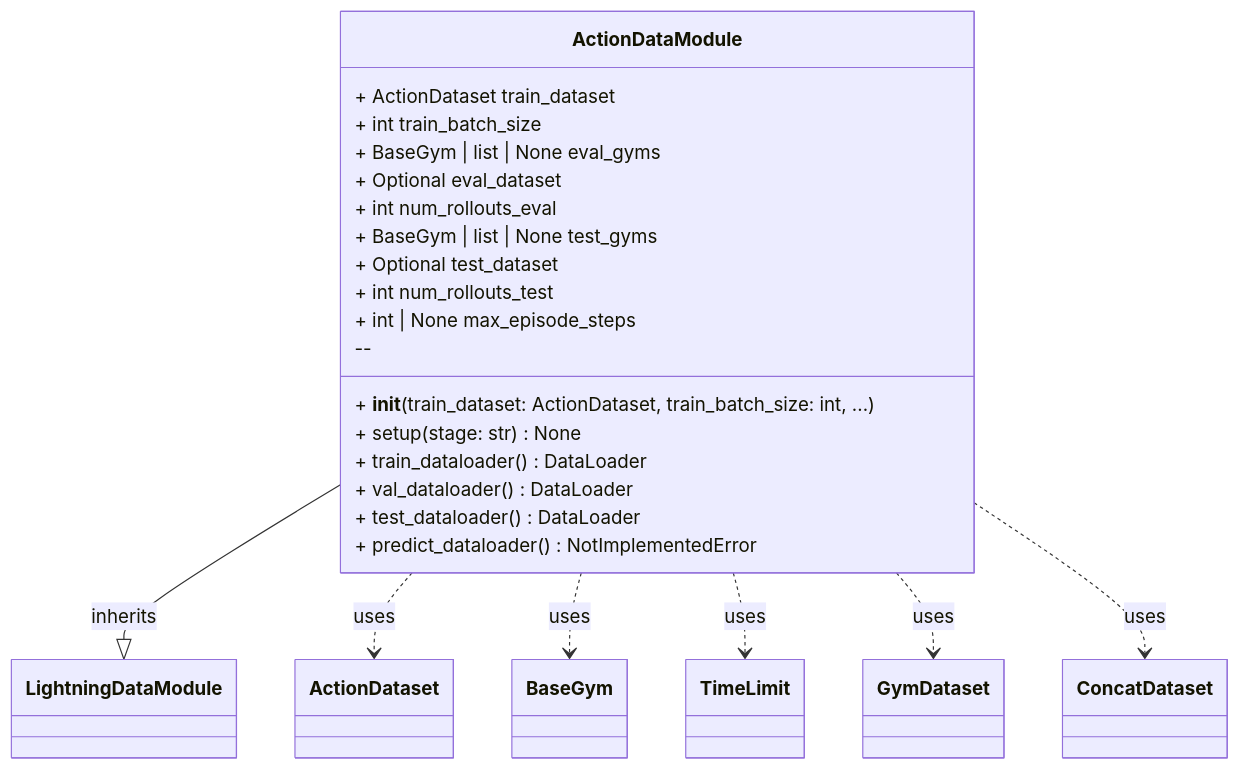
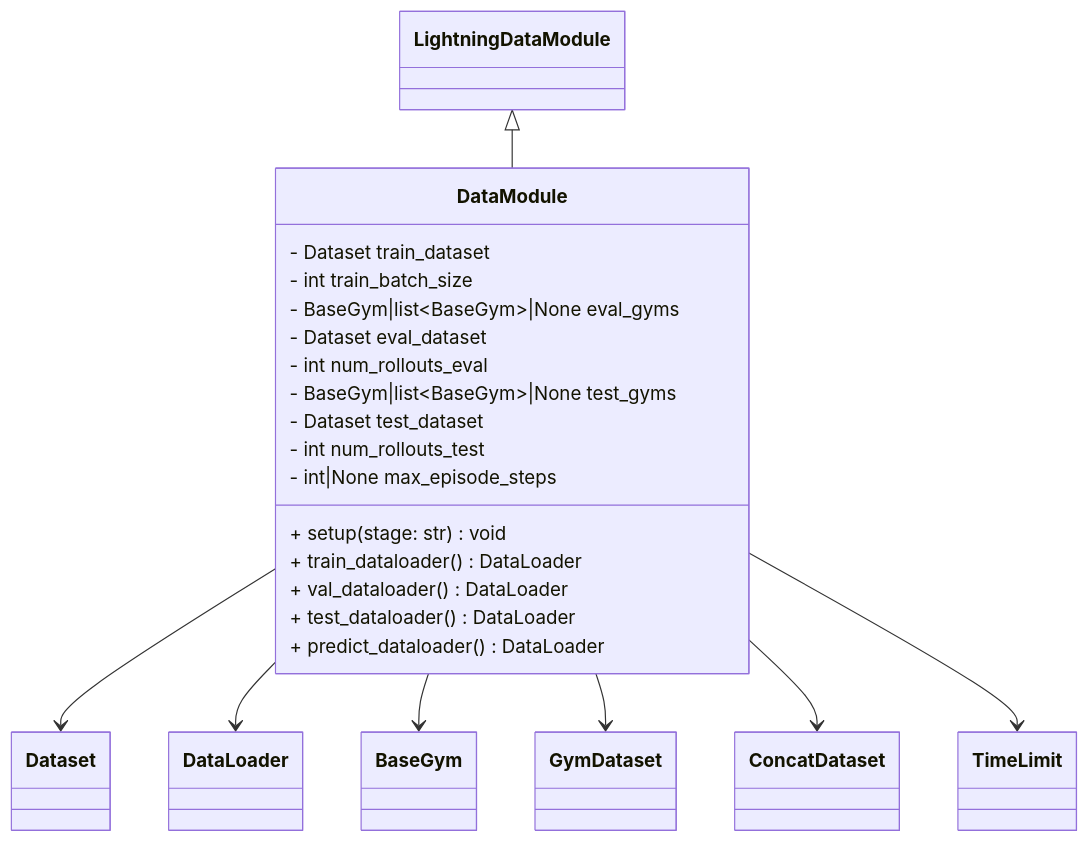
The diagram in lib/docs/design/data/datamodules.md (open-edge-platform/physical-ai-studio), drawn with Mermaid before and after one commit. The commit also changed other lines of this file and 27 other files, not shown here.

````diff
--- a/lib/docs/design/data/datamodules.md
+++ b/lib/docs/design/data/datamodules.md
@@ -9,35 +9,37 @@
 ```mermaid
 classDiagram
-    class LightningDataModule
-    class ActionDataset
-    class BaseGym
-    class TimeLimit
-    class GymDataset
-    class ConcatDataset
+    class LightningDataModule {
+    }
 
-    class ActionDataModule {
-        + ActionDataset train_dataset
-        + int train_batch_size
-        + BaseGym | list<BaseGym> | None eval_gyms
-        + Optional<Dataset> eval_dataset
-        + int num_rollouts_eval
-        + BaseGym | list<BaseGym> | None test_gyms
-        + Optional<Dataset> test_dataset
-        + int num_rollouts_test
-        + int | None max_episode_steps
-        --
-        + __init__(train_dataset: ActionDataset, train_batch_size: int, ...)
-        + setup(stage: str) None
+    class DataModule {
+        - Dataset train_dataset
+        - int train_batch_size
+        - BaseGym|list~BaseGym~|None eval_gyms
+        - Dataset eval_dataset
+        - int num_rollouts_eval
+        - BaseGym|list~BaseGym~|None test_gyms
+        - Dataset test_dataset
+        - int num_rollouts_test
+        - int|None max_episode_steps
+        + setup(stage: str) void
         + train_dataloader() DataLoader
         + val_dataloader() DataLoader
         + test_dataloader() DataLoader
-        + predict_dataloader() NotImplementedError
+        + predict_dataloader() DataLoader
     }
 
-    ActionDataModule --|> LightningDataModule : inherits
-    ActionDataModule ..> ActionDataset : uses
-    ActionDataModule ..> BaseGym : uses
-    ActionDataModule ..> TimeLimit : uses
-    ActionDataModule ..> GymDataset : uses
-    ActionDataModule ..> ConcatDataset : uses
+    class Dataset
+    class DataLoader
+    class BaseGym
+    class GymDataset
+    class ConcatDataset
+    class TimeLimit
+
+    LightningDataModule <|-- DataModule
+    DataModule --> Dataset
+    DataModule --> DataLoader
+    DataModule --> BaseGym
+    DataModule --> GymDataset
+    DataModule --> ConcatDataset
+    DataModule --> TimeLimit
 ```
````
